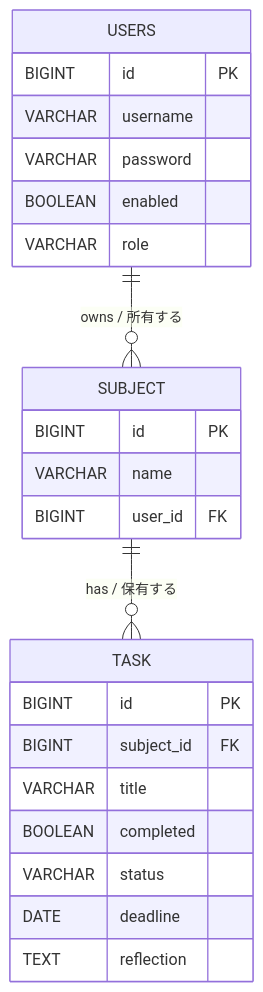
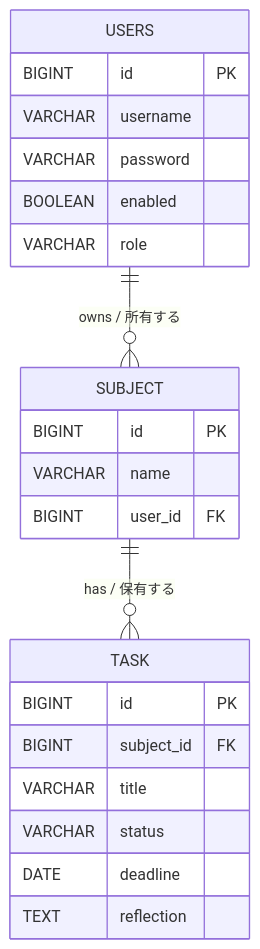
The diagram in README.md (taidonn1216/java-study-tracker), drawn with Mermaid before and after one commit. The commit also changed other lines of this file and 15 other files, not shown here.

````diff
--- a/README.md
+++ b/README.md
@@ -250,28 +253,27 @@
 ```mermaid
 erDiagram
      USERS {
         BIGINT id PK 
         VARCHAR username 
         VARCHAR password 
         BOOLEAN enabled 
         VARCHAR role
     }
 
     SUBJECT {
         BIGINT id PK 
         VARCHAR name 
         BIGINT user_id FK 
     }
 
     TASK {
         BIGINT id PK 
         BIGINT subject_id FK 
-        VARCHAR title 
-        BOOLEAN completed 
+        VARCHAR title  
         VARCHAR status 
         DATE deadline 
         TEXT reflection 
     }
     USERS ||--o{ SUBJECT : "owns / 所有する"
     SUBJECT ||--o{ TASK : "has / 保有する"
 ```
````
